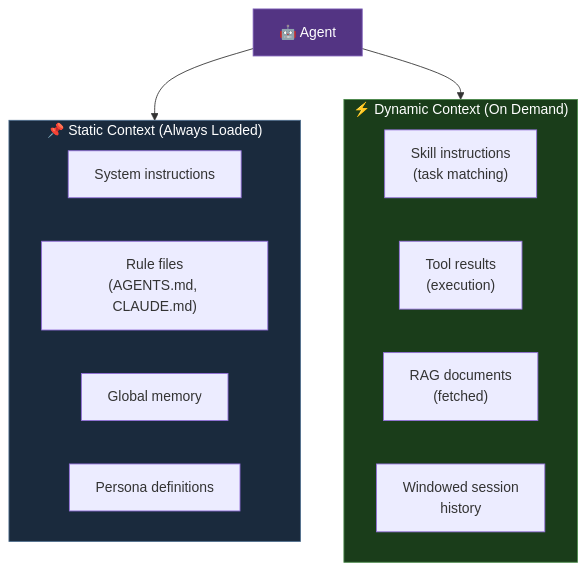
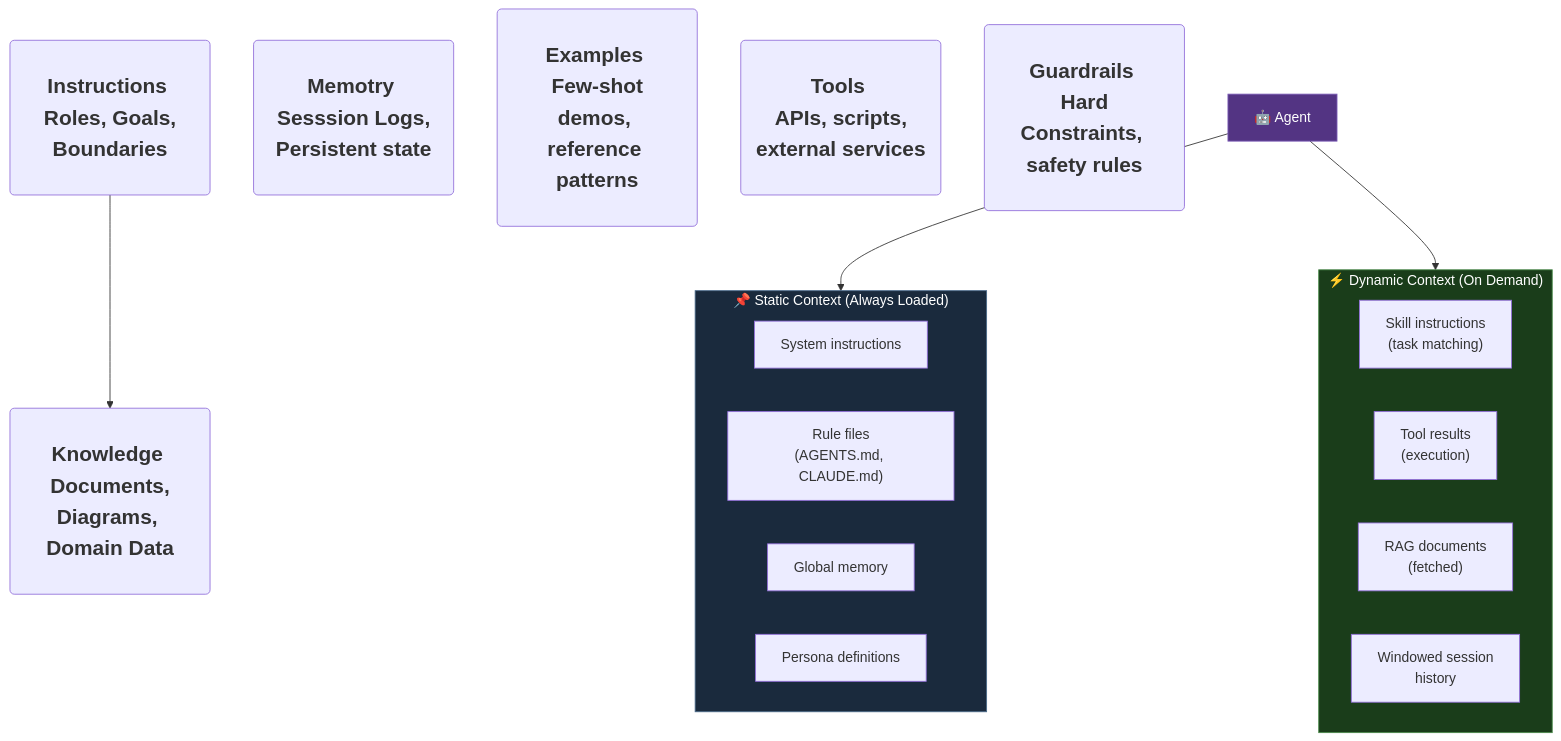
The diagram in teaching/ai-dev/context.qmd (guillaumegilles/guillaumegilles.github.io), drawn with Mermaid before and after one commit. The commit also changed other lines of this file and 8 other files, not shown here.

````diff
--- a/teaching/ai-dev/context.qmd
+++ b/teaching/ai-dev/context.qmd
@@ -29,25 +55,32 @@
 ```{mermaid}
 %%| label: fig-context-engineering
 %%| fig-cap: "Context Engineering — Static vs. Dynamic"
 flowchart TB
+A(<h2>Instructions \n Roles, Goals, Boundaries</h2>) -->
+B(<h2>Knowledge \n Documents, Diagrams, Domain Data</h2>)
+C(<h2>Memotry \n Sesssion Logs, Persistent state</h2>)
+D(<h2>Examples \n Few-shot demos, reference patterns</h2>)
+E(<h2>Tools \n APIs, scripts, external services</h2>)
+F(<h2>Guardrails \n Hard Constraints, safety rules</h2>)
+
     subgraph Static["📌 Static Context (Always Loaded)"]
         direction LR
         SI["System instructions"]
         RF["Rule files\n(AGENTS.md, CLAUDE.md)"]
         GM["Global memory"]
         PD["Persona definitions"]
     end
     subgraph Dynamic["⚡ Dynamic Context (On Demand)"]
         direction LR
         SK["Skill instructions\n(task matching)"]
         TR["Tool results\n(execution)"]
         RAG["RAG documents\n(fetched)"]
         WH["Windowed session\nhistory"]
     end
     Agent["🤖 Agent"] --> Static
     Agent --> Dynamic
 
     style Static fill:#1a2a3d,stroke:#4a6a8a,color:#fff
     style Dynamic fill:#1a3d1a,stroke:#4a8a4a,color:#fff
     style Agent fill:#533483,stroke:#7a5ab5,color:#fff
 ```
````
